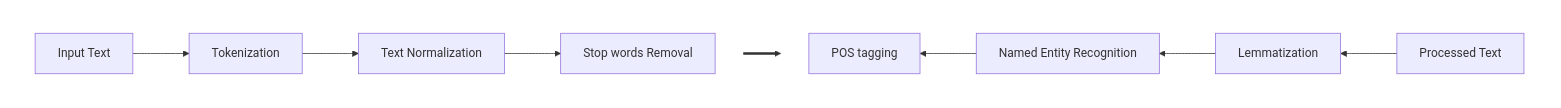
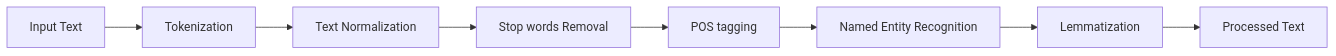
One commit to KarthikJ-2008/NLP-pipeline changed the diagram in README.md. Above: the diagram before and after it, drawn with Mermaid.

Commit message:
Simplify NLP Processing Pipeline diagram
Removed unnecessary subgraph definitions and simplified the NLP processing pipeline diagram.

````diff
--- a/README.md
+++ b/README.md
@@ -157,21 +157,15 @@
 ```mermaid
 graph LR
-    subgraph Row1 [" "]
-        direction LR
-        A["Input Text"] --> B["Tokenization"]
-        B --> C["Text Normalization"]
-        C --> D["Stop words Removal"]
-    end
+    %% First row (left to right)
+    A["Input Text"] --> B["Tokenization"]
+    B --> C["Text Normalization"]
+    C --> D["Stop words Removal"]
 
-    D ==> E["POS tagging"]
+    %% Connection from first row to second row
+    D --> E["POS tagging"]
 
-    subgraph Row2 [" "]
-        direction RL
-        H["Processed Text"] --> G["Lemmatization"]
-        G --> F["Named Entity Recognition"]
-        F --> E
-    end
-
-    style Row1 fill:none,stroke:none
-    style Row2 fill:none,stroke:none
+    %% Second row (right to left)
+    E --> F["Named Entity Recognition"]
+    F --> G["Lemmatization"]
+    G --> H["Processed Text"]
 ```
````
